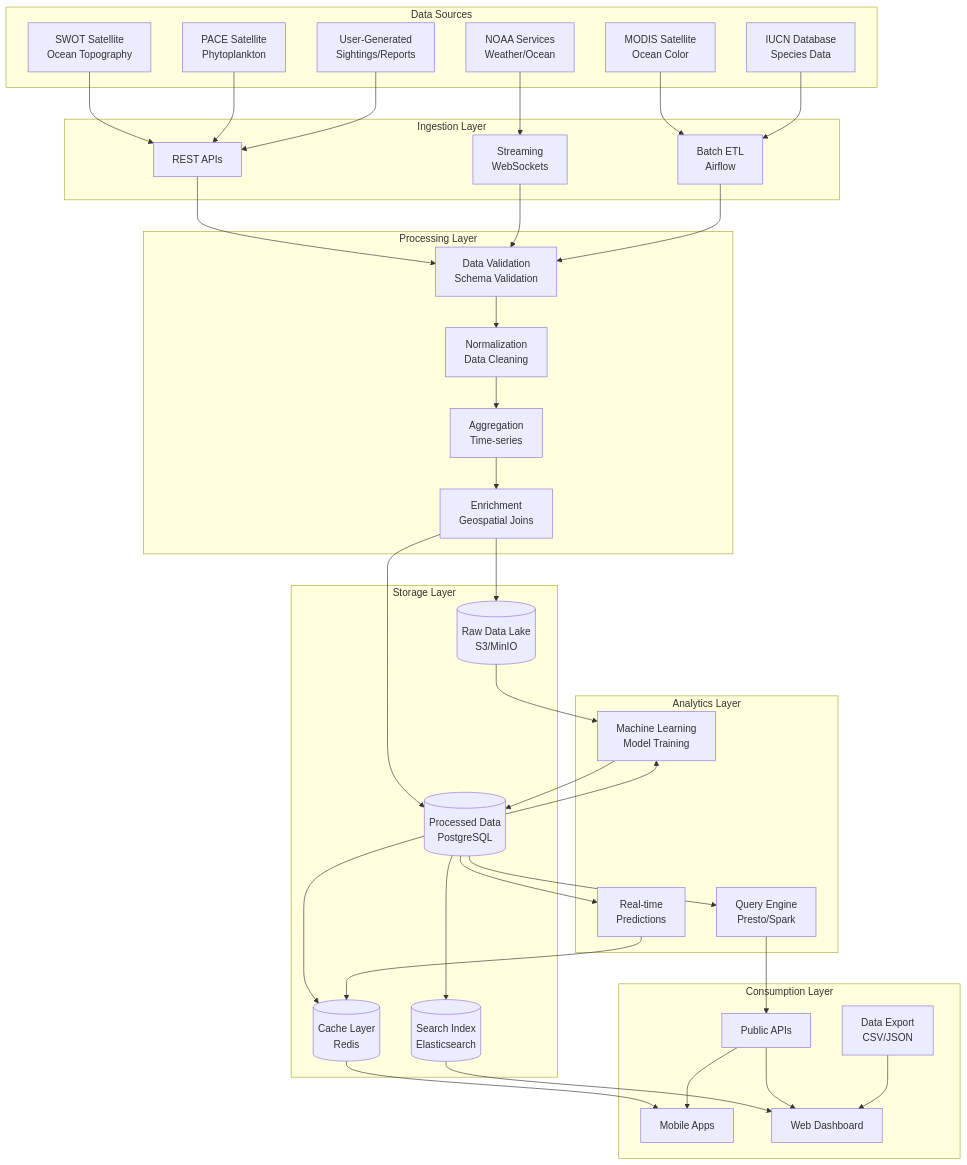
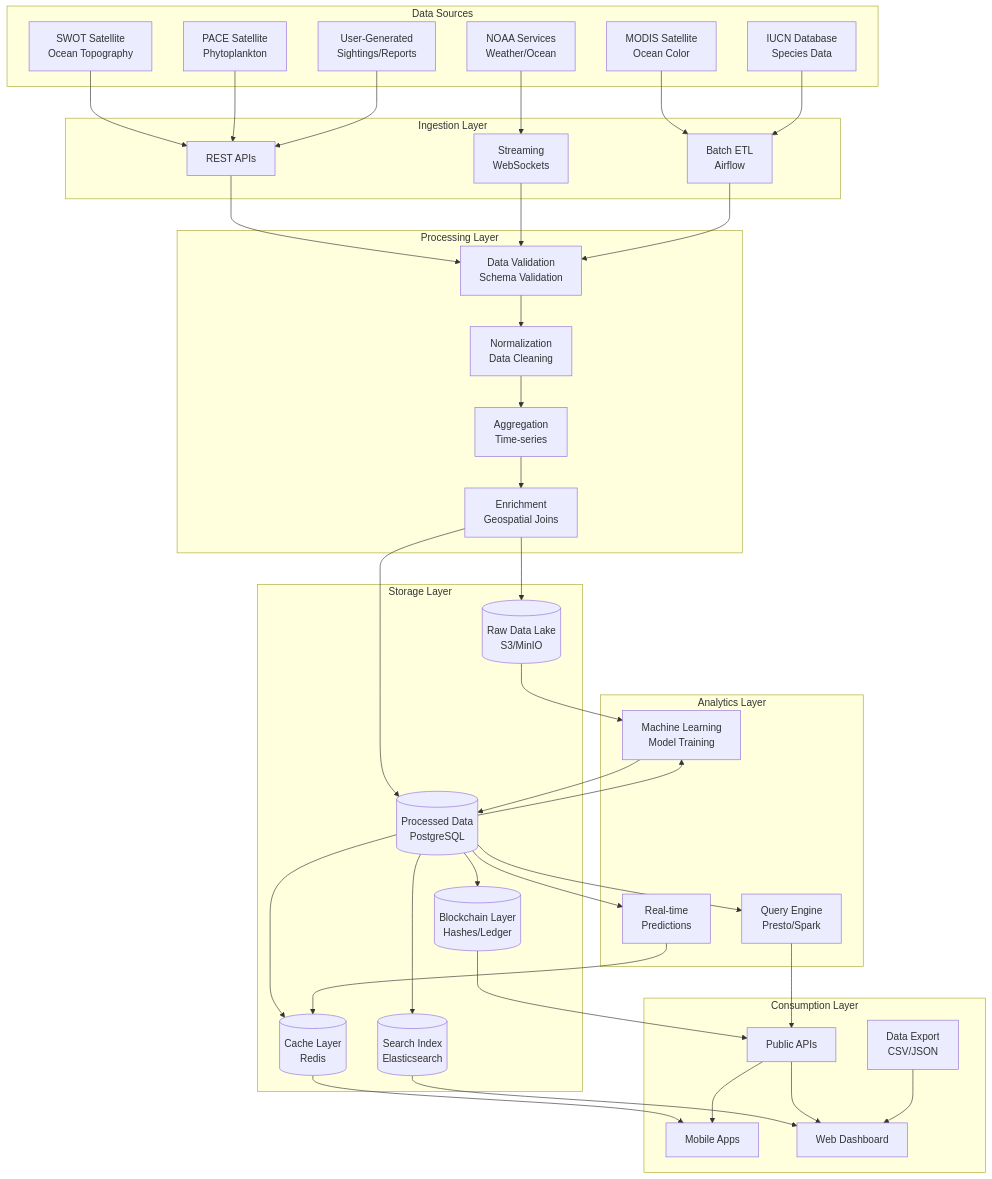
Before and after one commit to 2025-NASA-Spaceapps/docs: the second of 8 diagrams in roadmap.md, drawn with Mermaid. The commit also changed other lines of this file, not shown here.

````diff
--- a/roadmap.md
+++ b/roadmap.md
@@ -178,79 +179,82 @@
 ```mermaid
 graph TD
     subgraph "Data Sources"
         SWOT[SWOT Satellite<br/>Ocean Topography]
         PACE[PACE Satellite<br/>Phytoplankton]
         MODIS[MODIS Satellite<br/>Ocean Color]
         IUCN[IUCN Database<br/>Species Data]
         NOAA[NOAA Services<br/>Weather/Ocean]
         USER[User-Generated<br/>Sightings/Reports]
     end
 
     subgraph "Ingestion Layer"
         API[REST APIs]
         STREAM[Streaming<br/>WebSockets]
         BATCH[Batch ETL<br/>Airflow]
     end
 
     subgraph "Processing Layer"
         VALID[Data Validation<br/>Schema Validation]
         NORM[Normalization<br/>Data Cleaning]
         AGG[Aggregation<br/>Time-series]
         ENRICH[Enrichment<br/>Geospatial Joins]
     end
 
     subgraph "Storage Layer"
         RAW[(Raw Data Lake<br/>S3/MinIO)]
         PROC[(Processed Data<br/>PostgreSQL)]
         CACHE[(Cache Layer<br/>Redis)]
         SEARCH[(Search Index<br/>Elasticsearch)]
+        BC[(Blockchain Layer<br/>Hashes/Ledger)]
     end
 
     subgraph "Analytics Layer"
         ML[Machine Learning<br/>Model Training]
         RT[Real-time<br/>Predictions]
         QUERY[Query Engine<br/>Presto/Spark]
     end
 
     subgraph "Consumption Layer"
         MOBILE[Mobile Apps]
         WEB[Web Dashboard]
         API_OUT[Public APIs]
         EXPORT[Data Export<br/>CSV/JSON]
     end
 
     SWOT --> API
     PACE --> API
     MODIS --> BATCH
     IUCN --> BATCH
     NOAA --> STREAM
     USER --> API
 
     API --> VALID
     STREAM --> VALID
     BATCH --> VALID
 
     VALID --> NORM
     NORM --> AGG
     AGG --> ENRICH
 
     ENRICH --> RAW
     ENRICH --> PROC
     PROC --> CACHE
     PROC --> SEARCH
+    PROC --> BC
 
     RAW --> ML
     PROC --> ML
     PROC --> RT
     PROC --> QUERY
 
     ML --> PROC
     RT --> CACHE
     QUERY --> API_OUT
 
     CACHE --> MOBILE
     SEARCH --> WEB
+    BC --> API_OUT
     API_OUT --> MOBILE
     API_OUT --> WEB
     EXPORT --> WEB
 ```
````
